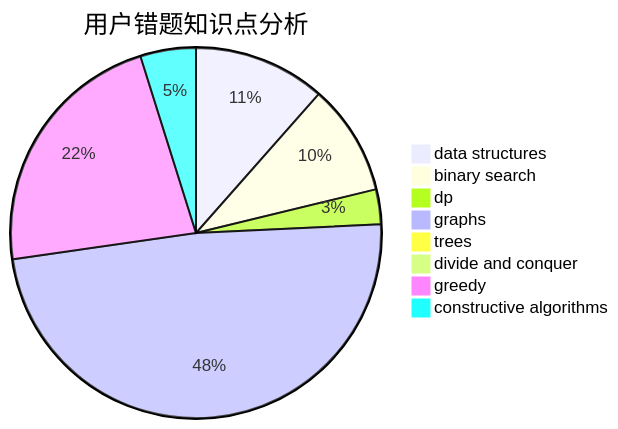
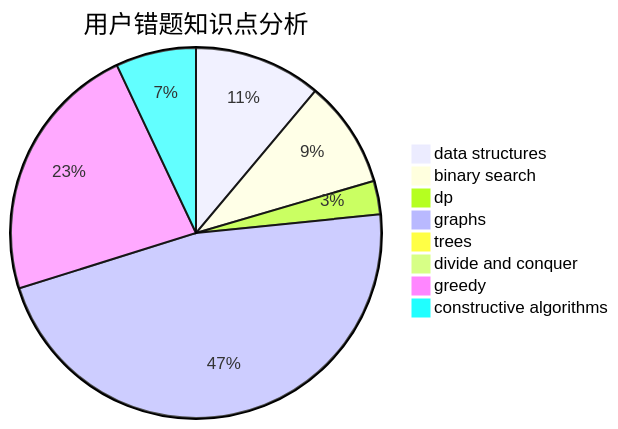
Before and after one commit to sherpahu/cfrs.github.io: the third of 3 diagrams in docs/user/u2245.md, drawn with Mermaid. The commit also changed other lines of this file and 2770 other files, not shown here.

````diff
--- a/docs/user/u2245.md
+++ b/docs/user/u2245.md
@@ -36,11 +36,11 @@
 ```mermaid
 pie title 用户错题知识点分析
     "data structures" :  19
     "binary search" :  16
     "dp" :  5
     "graphs" :  80
     "trees" :  1
     "divide and conquer" :  0
-    "greedy" :  37
-    "constructive algorithms" :  8
+    "greedy" :  39
+    "constructive algorithms" :  12
 ```
````
